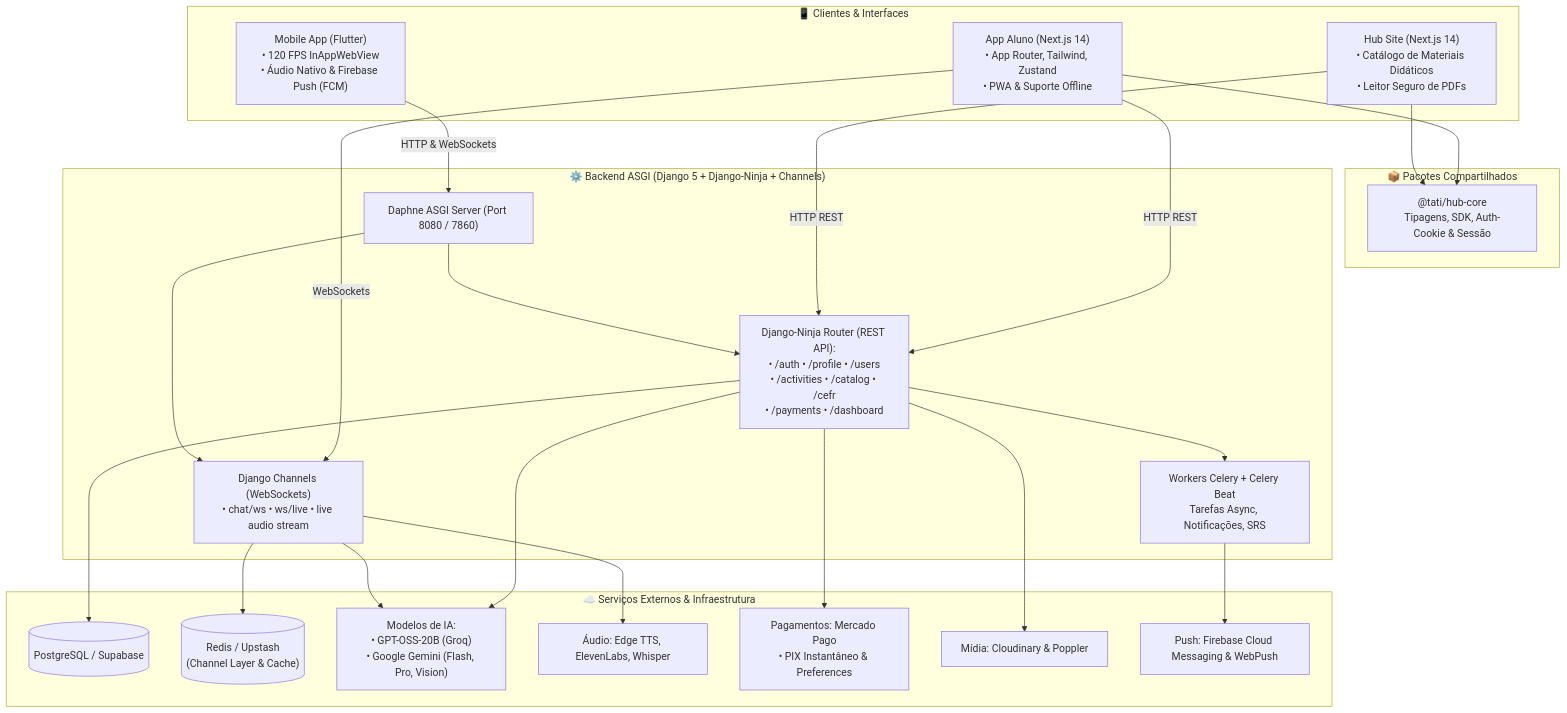
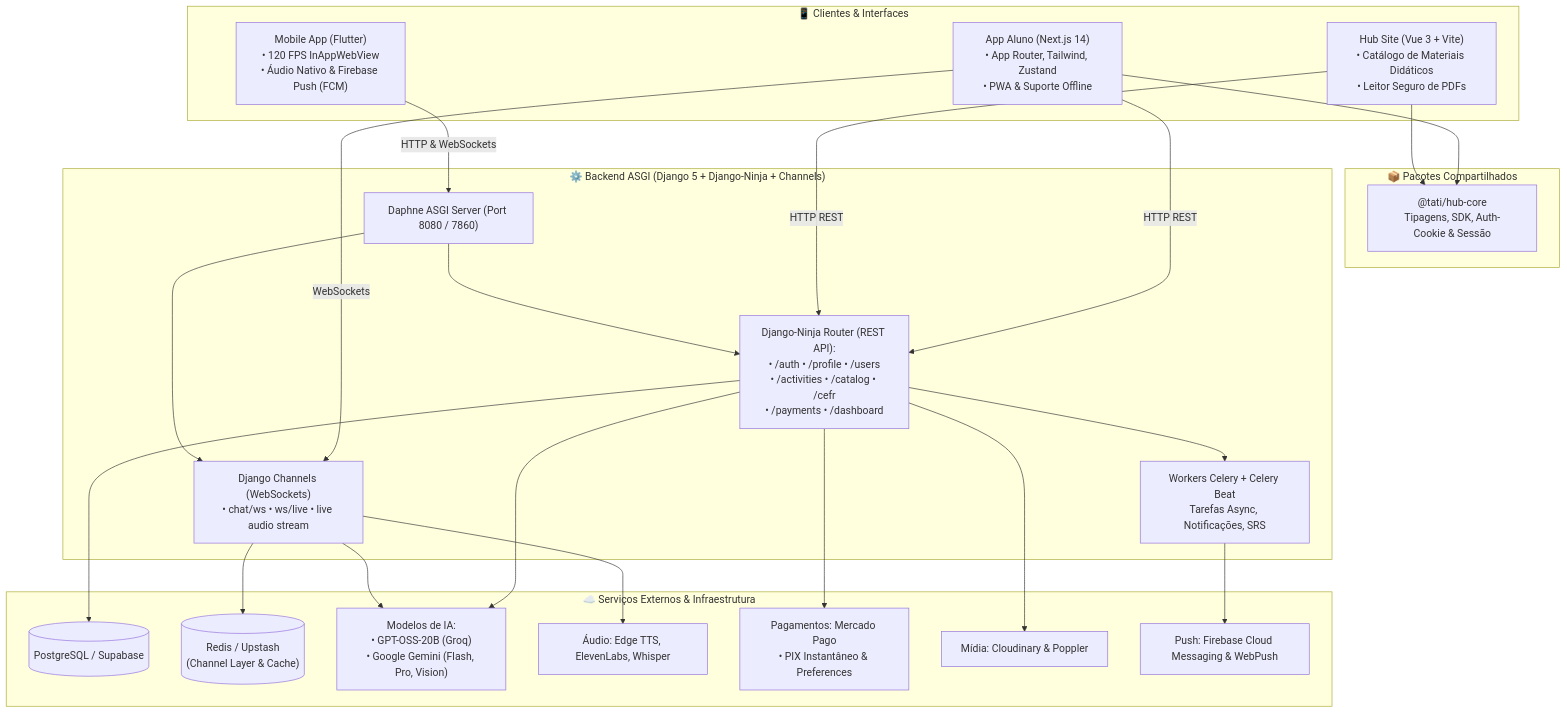
The first of 2 diagrams in readme.md (CAI0SAMPAI0/Tati_AI), drawn with Mermaid before and after one commit. The commit also changed other lines of this file and 4 other files, not shown here.

Commit message:
feat: atualizando frontend do hub utilizando Vue para melhor manutenibilidade do código

````diff
--- a/readme.md
+++ b/readme.md
@@ -93,48 +95,48 @@
 ```mermaid
 flowchart TB
     subgraph Clients["📱 Clientes & Interfaces"]
         WEB["App Aluno (Next.js 14)<br/>• App Router, Tailwind, Zustand<br/>• PWA & Suporte Offline"]
-        HUB["Hub Site (Next.js 14)<br/>• Catálogo de Materiais Didáticos<br/>• Leitor Seguro de PDFs"]
+        HUB["Hub Site (Vue 3 + Vite)<br/>• Catálogo de Materiais Didáticos<br/>• Leitor Seguro de PDFs"]
         MOB["Mobile App (Flutter)<br/>• 120 FPS InAppWebView<br/>• Áudio Nativo & Firebase Push (FCM)"]
     end
 
     subgraph Shared["📦 Pacotes Compartilhados"]
         CORE["@tati/hub-core<br/>Tipagens, SDK, Auth-Cookie & Sessão"]
     end
 
     subgraph Backend["⚙️ Backend ASGI (Django 5 + Django-Ninja + Channels)"]
         DAPHNE["Daphne ASGI Server (Port 8080 / 7860)"]
         WS["Django Channels (WebSockets)<br/>• chat/ws • ws/live • live audio stream"]
         REST["Django-Ninja Router (REST API):<br/>• /auth • /profile • /users<br/>• /activities • /catalog • /cefr<br/>• /payments • /dashboard"]
         CELERY["Workers Celery + Celery Beat<br/>Tarefas Async, Notificações, SRS"]
     end
 
     subgraph CloudServices["☁️ Serviços Externos & Infraestrutura"]
         SUPABASE[("PostgreSQL / Supabase")]
         REDIS[("Redis / Upstash<br/>(Channel Layer & Cache)")]
         AI["Modelos de IA:<br/>• GPT-OSS-20B (Groq)<br/>• Google Gemini (Flash, Pro, Vision)"]
         TTS["Áudio: Edge TTS, ElevenLabs, Whisper"]
         MP["Pagamentos: Mercado Pago<br/>• PIX Instantâneo & Preferences"]
         STORAGE["Mídia: Cloudinary & Poppler"]
         FCM["Push: Firebase Cloud Messaging & WebPush"]
     end
 
     WEB --> CORE
     HUB --> CORE
     WEB -- "HTTP REST" --> REST
     WEB -- "WebSockets" --> WS
     HUB -- "HTTP REST" --> REST
     MOB -- "HTTP & WebSockets" --> DAPHNE
 
     DAPHNE --> WS
     DAPHNE --> REST
     REST --> CELERY
     REST --> SUPABASE
     WS --> REDIS
     REST --> AI
     WS --> AI
     WS --> TTS
     REST --> MP
     REST --> STORAGE
     CELERY --> FCM
 ```
````
